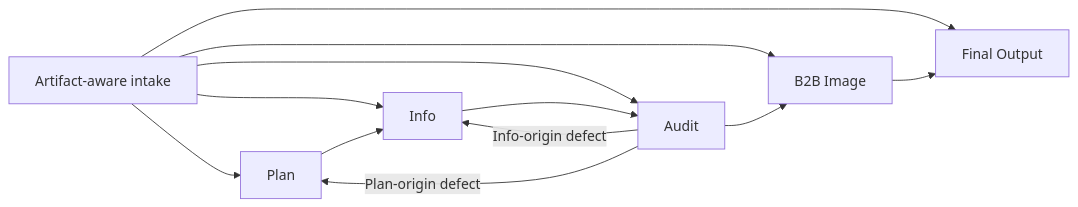
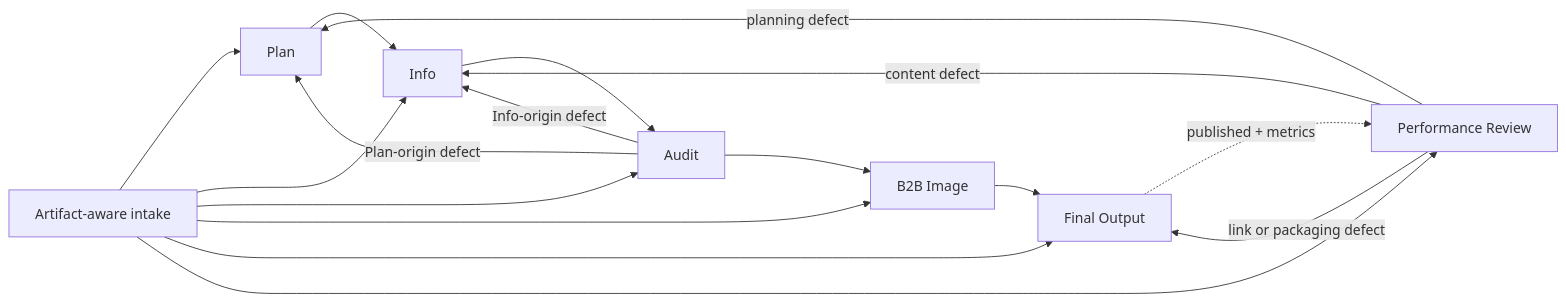
Before and after one commit to Solari118/xmake-plastichubs-unified-seo: the diagram in docs/architecture.md, drawn with Mermaid. The commit also changed other lines of this file and 304 other files, not shown here.

````diff
--- a/docs/architecture.md
+++ b/docs/architecture.md
@@ -3,11 +3,16 @@
 ```mermaid
 flowchart LR
     I["Artifact-aware intake"] --> P["Plan"]
     I --> W["Info"]
     I --> A["Audit"]
     I --> G["B2B Image"]
     I --> F["Final Output"]
+    I --> R["Performance Review"]
     P --> W --> A --> G --> F
+    F -. "published + metrics" .-> R
+    R -- "planning defect" --> P
+    R -- "content defect" --> W
+    R -- "link or packaging defect" --> F
     A -- "Info-origin defect" --> W
     A -- "Plan-origin defect" --> P
 ```
````
